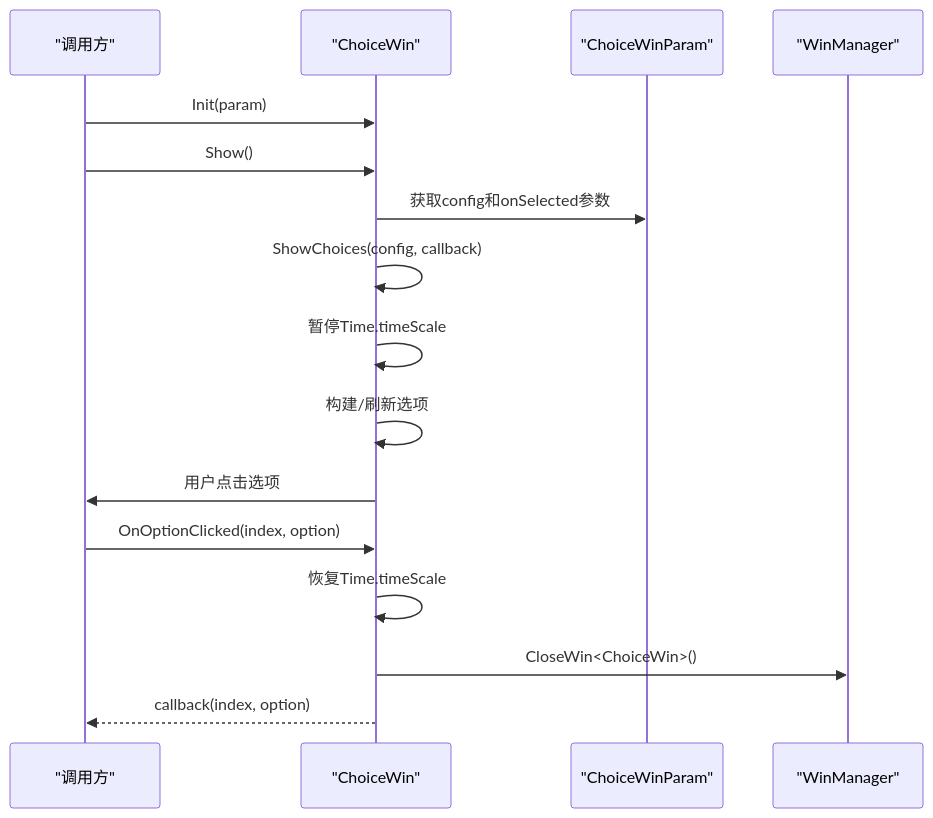
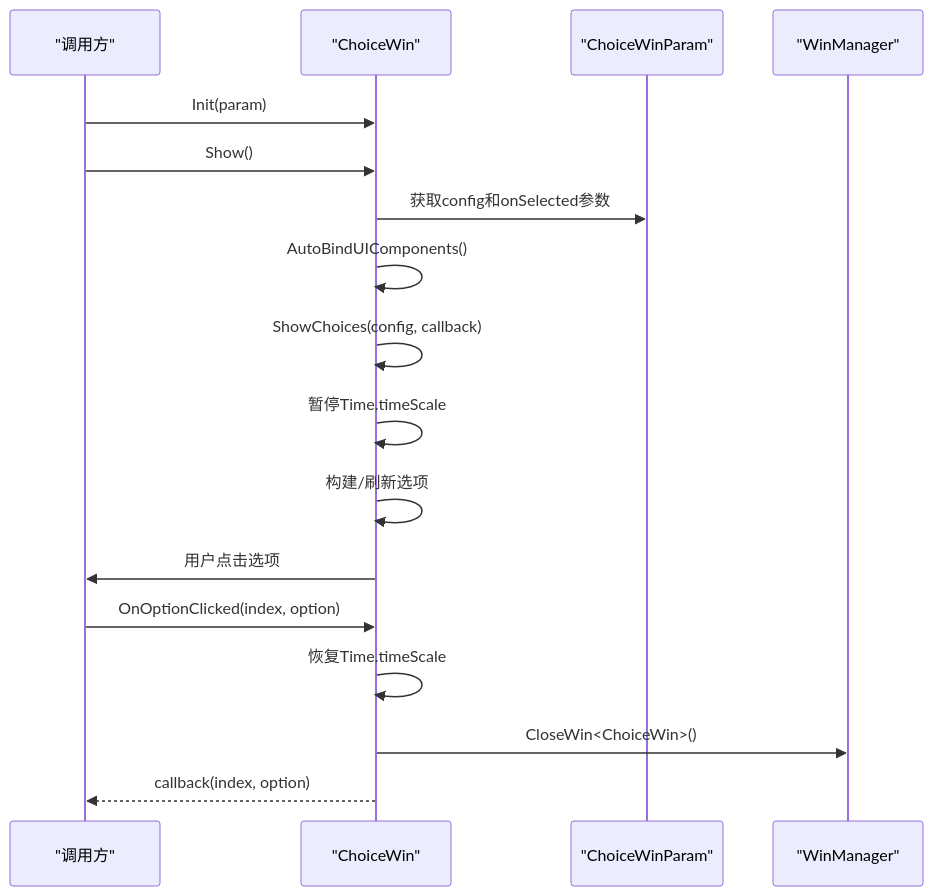
Before and after one commit to Tuusen/p1_client: the seventh of 9 diagrams in .qoder/repowiki/zh/content/用户界面系统/窗口管理系统.md, drawn with Mermaid. The commit also changed other lines of this file and 6 other files, not shown here.

````diff
--- a/.qoder/repowiki/zh/content/用户界面系统/窗口管理系统.md
+++ b/.qoder/repowiki/zh/content/用户界面系统/窗口管理系统.md
@@ -367,18 +382,19 @@
 ```mermaid
 sequenceDiagram
 participant Caller as "调用方"
 participant Choice as "ChoiceWin"
 participant Param as "ChoiceWinParam"
 participant WM as "WinManager"
 Caller->>Choice : Init(param)
 Caller->>Choice : Show()
 Choice->>Param : 获取config和onSelected参数
+Choice->>Choice : AutoBindUIComponents()
 Choice->>Choice : ShowChoices(config, callback)
 Choice->>Choice : 暂停Time.timeScale
 Choice->>Choice : 构建/刷新选项
 Choice->>Caller : 用户点击选项
 Caller->>Choice : OnOptionClicked(index, option)
 Choice->>Choice : 恢复Time.timeScale
 Choice->>WM : CloseWin<ChoiceWin>()
 Choice-->>Caller : callback(index, option)
 ```
````
